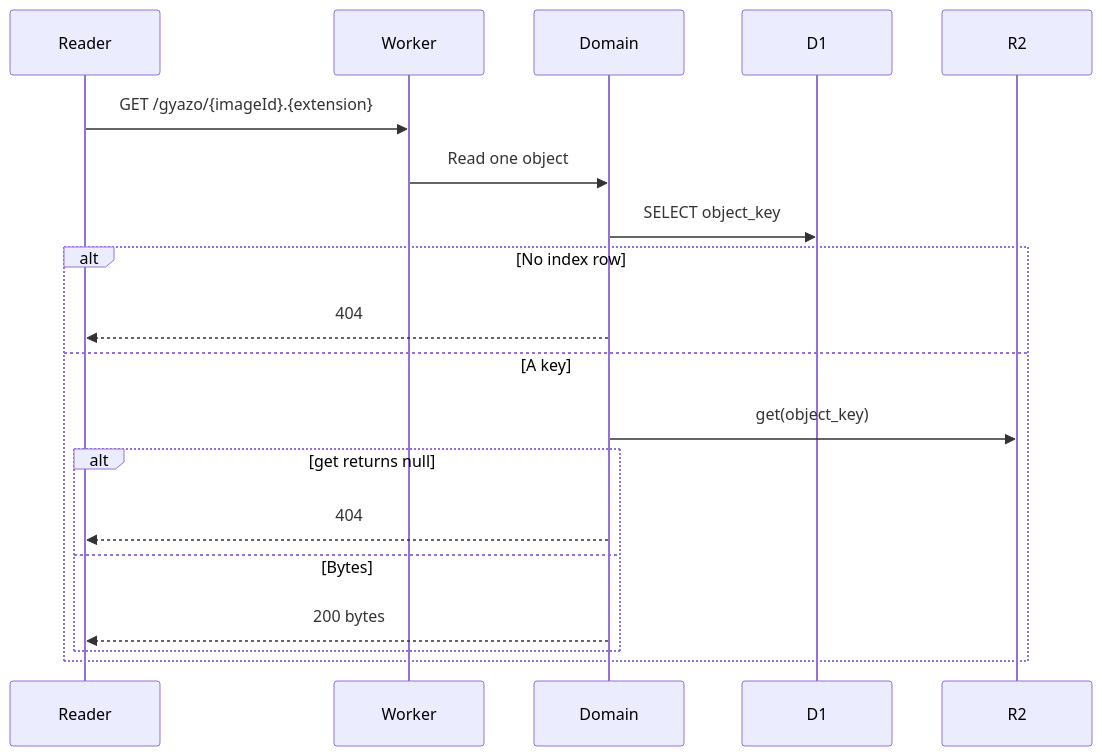
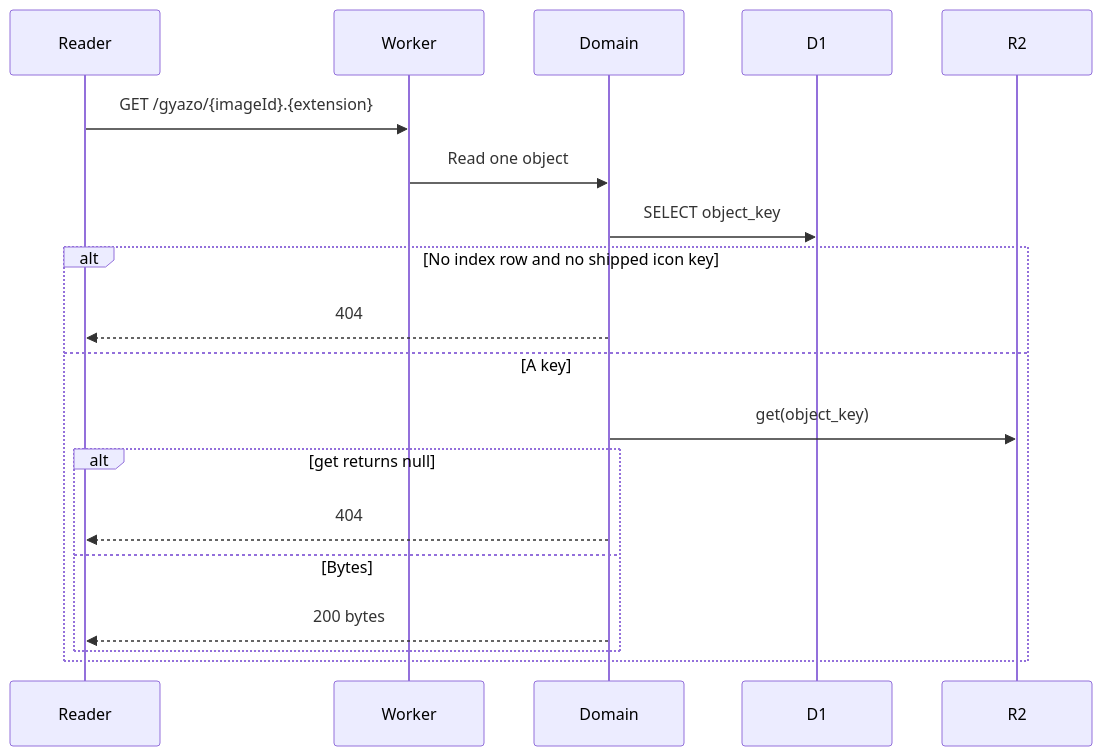
Before and after one commit to yamanoku/weblog: the second of 3 diagrams in docs/products/weblog/features/public-reading/design.ja.md, drawn with Mermaid. The commit also changed other lines of this file and 14 other files, not shown here.

````diff
--- a/docs/products/weblog/features/public-reading/design.ja.md
+++ b/docs/products/weblog/features/public-reading/design.ja.md
@@ -86,21 +86,21 @@
 ```mermaid
 sequenceDiagram
   participant Reader
   participant Worker
   participant Domain
   participant D1
   participant R2
   Reader->>Worker: GET /gyazo/{imageId}.{extension}
   Worker->>Domain: Read one object
   Domain->>D1: SELECT object_key
-  alt No index row
+  alt No index row and no shipped icon key
     Domain-->>Reader: 404
   else A key
     Domain->>R2: get(object_key)
     alt get returns null
       Domain-->>Reader: 404
     else Bytes
       Domain-->>Reader: 200 bytes
     end
   end
 ```
````
